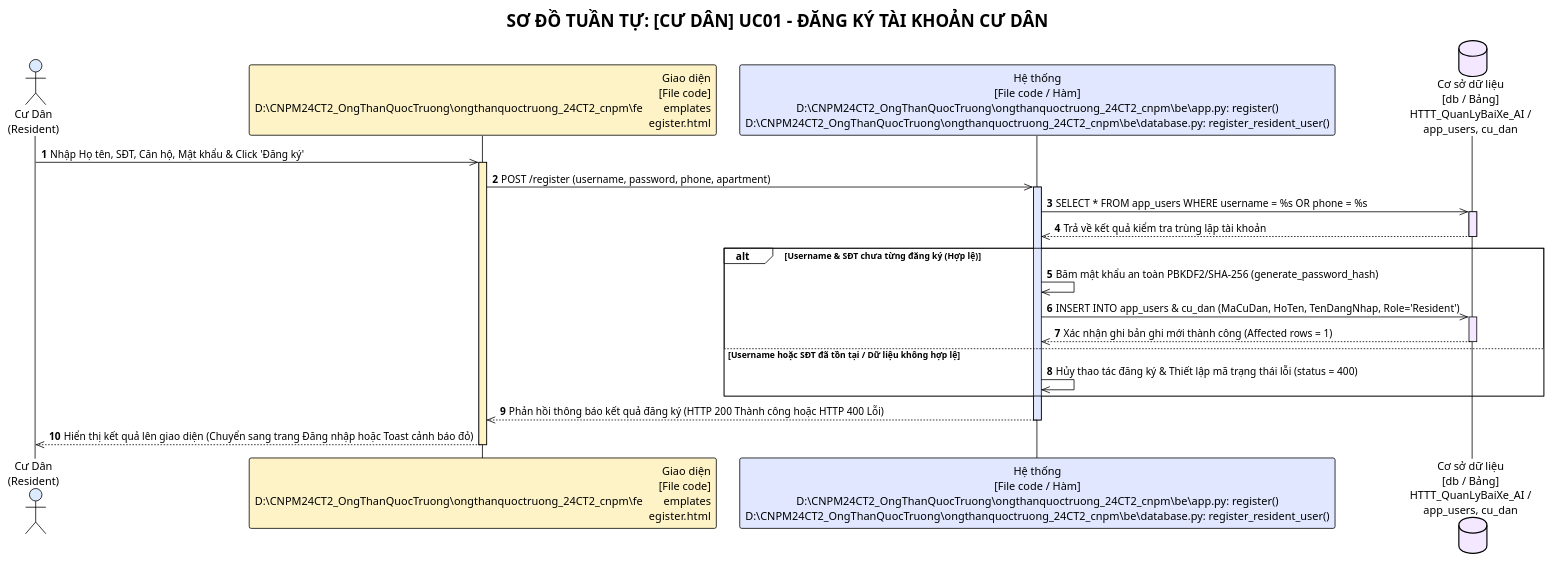
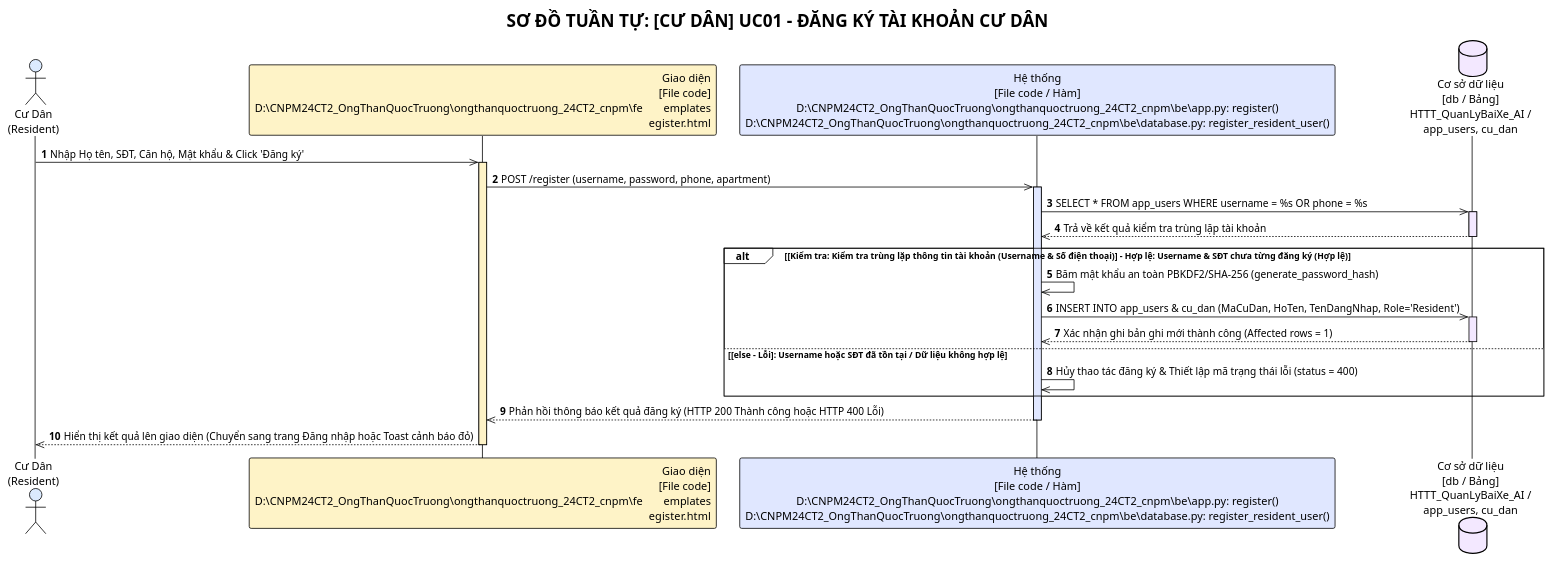
One commit to Truong027/CNPM24 changed the first of 14 diagrams in ongthanquoctruong_24CT2_cnpm/docs/SEQUENCE_DIAGRAMS.puml. Above: the diagram before and after it, drawn with PlantUML. The commit also changed other lines of this file and 17 other files, not shown here.

```diff
--- a/ongthanquoctruong_24CT2_cnpm/docs/SEQUENCE_DIAGRAMS.puml
+++ b/ongthanquoctruong_24CT2_cnpm/docs/SEQUENCE_DIAGRAMS.puml
@@ -13,36 +14,36 @@
 @startuml uc01_resident_register
 !theme plain
 title SƠ ĐỒ TUẦN TỰ: [CƯ DÂN] UC01 - ĐĂNG KÝ TÀI KHOẢN CƯ DÂN
 autonumber
 
 actor "Cư Dân\n(Resident)" as Actor #DBEAFE
 participant "Giao diện\n[File code]\nD:\CNPM24CT2_OngThanQuocTruong\ongthanquoctruong_24CT2_cnpm\fe\templates\register.html" as UI #FEF3C7
 participant "Hệ thống\n[File code / Hàm]\nD:\CNPM24CT2_OngThanQuocTruong\ongthanquoctruong_24CT2_cnpm\be\app.py: register()\nD:\CNPM24CT2_OngThanQuocTruong\ongthanquoctruong_24CT2_cnpm\be\database.py: register_resident_user()" as Sys #E0E7FF
 database "Cơ sở dữ liệu\n[db / Bảng]\nHTTT_QuanLyBaiXe_AI /\napp_users, cu_dan" as DB #F3E8FF
 
 Actor ->> UI: Nhập Họ tên, SĐT, Căn hộ, Mật khẩu & Click 'Đăng ký'
 activate UI #FEF3C7
 UI ->> Sys: POST /register (username, password, phone, apartment)
 activate Sys #E0E7FF
 Sys ->> DB: SELECT * FROM app_users WHERE username = %s OR phone = %s
 activate DB #F3E8FF
 DB -->> Sys: Trả về kết quả kiểm tra trùng lặp tài khoản
 deactivate DB
 
-' Khung alt chỉ kiểm tra điều kiện trong Hệ thống và Cơ sở dữ liệu
-alt Username & SĐT chưa từng đăng ký (Hợp lệ)
+' Khung alt kiểm tra điều kiện trong khoảng trống giữa Hệ thống và CSDL
+alt [Kiểm tra: Kiểm tra trùng lặp thông tin tài khoản (Username & Số điện thoại)] - Hợp lệ: Username & SĐT chưa từng đăng ký (Hợp lệ)
     Sys ->> Sys: Băm mật khẩu an toàn PBKDF2/SHA-256 (generate_password_hash)
     Sys ->> DB: INSERT INTO app_users & cu_dan (MaCuDan, HoTen, TenDangNhap, Role='Resident')
     activate DB #F3E8FF
     DB -->> Sys: Xác nhận ghi bản ghi mới thành công (Affected rows = 1)
     deactivate DB
-else Username hoặc SĐT đã tồn tại / Dữ liệu không hợp lệ
+else [else - Lỗi]: Username hoặc SĐT đã tồn tại / Dữ liệu không hợp lệ
     Sys ->> Sys: Hủy thao tác đăng ký & Thiết lập mã trạng thái lỗi (status = 400)
 end
 
 Sys -->> UI: Phản hồi thông báo kết quả đăng ký (HTTP 200 Thành công hoặc HTTP 400 Lỗi)
 deactivate Sys
 UI -->> Actor: Hiển thị kết quả lên giao diện (Chuyển sang trang Đăng nhập hoặc Toast cảnh báo đỏ)
 deactivate UI
 
 @enduml
```
